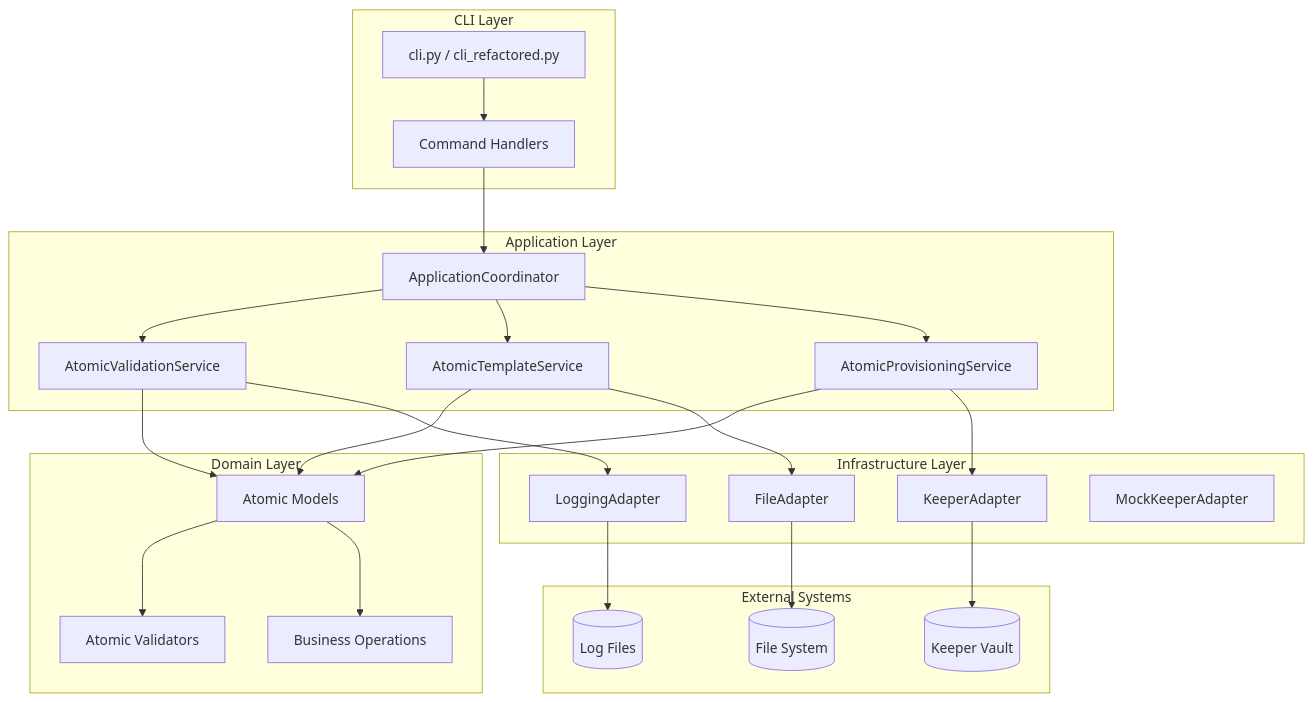
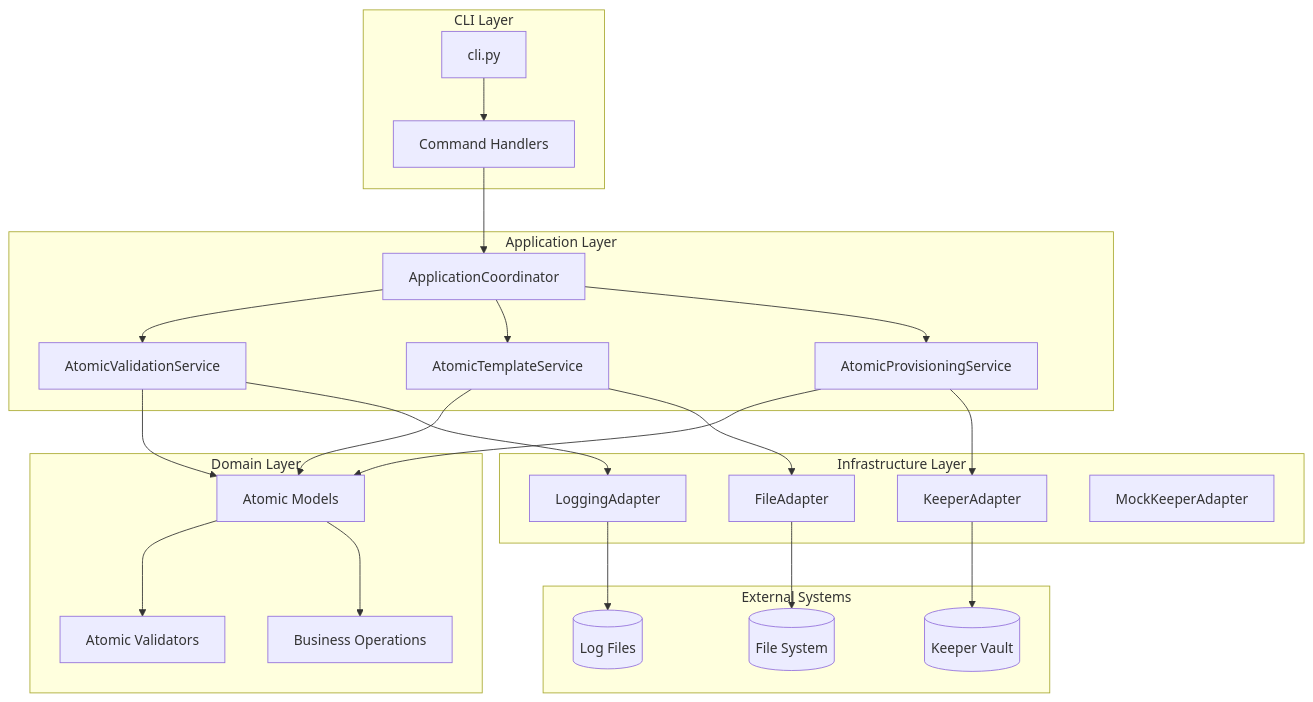
Before and after one commit to msawczynk/keeper-perms-automation: the first of 4 diagrams in docs/DESIGN.md, drawn with Mermaid. The commit also changed other lines of this file, not shown here.

````diff
--- a/docs/DESIGN.md
+++ b/docs/DESIGN.md
@@ -71,50 +70,50 @@
 ```mermaid
 graph TD
     subgraph "CLI Layer"
-        CLI[cli.py / cli_refactored.py]
+        CLI[cli.py]
         CMD[Command Handlers]
     end
     
     subgraph "Application Layer"
         AC[ApplicationCoordinator]
         AVS[AtomicValidationService]
         ATS[AtomicTemplateService]
         APS[AtomicProvisioningService]
     end
     
     subgraph "Domain Layer"
         Models[Atomic Models]
         Validators[Atomic Validators]
         Operations[Business Operations]
     end
     
     subgraph "Infrastructure Layer"
         KA[KeeperAdapter]
         FA[FileAdapter]
         LA[LoggingAdapter]
         MKA[MockKeeperAdapter]
     end
     
     subgraph "External Systems"
         Keeper[(Keeper Vault)]
         FS[(File System)]
         Logs[(Log Files)]
     end
     
     CLI --> CMD
     CMD --> AC
     AC --> AVS
     AC --> ATS
     AC --> APS
     AVS --> Models
     ATS --> Models
     APS --> Models
     Models --> Validators
     Models --> Operations
     APS --> KA
     ATS --> FA
     AVS --> LA
     KA --> Keeper
     FA --> FS
     LA --> Logs
 ```
````
